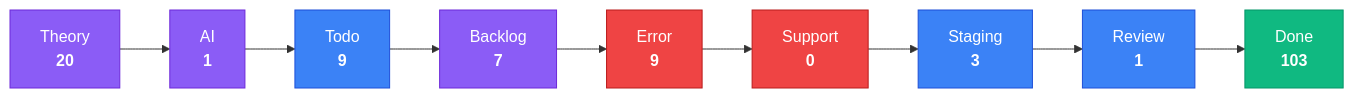
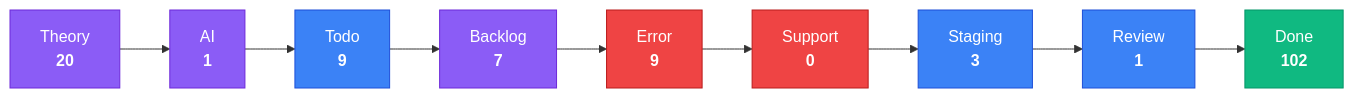
One commit to KBVE/kbve changed the third of 4 diagrams in apps/kbve/astro-kbve/src/content/docs/dashboard/kanban-data.mdx. Above: the diagram before and after it, drawn with Mermaid. The commit also changed other lines of this file and 8 other files, not shown here.

````diff
--- a/apps/kbve/astro-kbve/src/content/docs/dashboard/kanban-data.mdx
+++ b/apps/kbve/astro-kbve/src/content/docs/dashboard/kanban-data.mdx
@@ -80,28 +80,28 @@
 ```mermaid
 flowchart LR
     classDef planning fill:#8b5cf6,stroke:#6d28d9,color:#fff
     classDef active fill:#3b82f6,stroke:#1d4ed8,color:#fff
     classDef blocked fill:#ef4444,stroke:#b91c1c,color:#fff
     classDef done fill:#10b981,stroke:#059669,color:#fff
     Theory["Theory<br/><strong>20</strong>"]
     Theory --> AI
     AI["AI<br/><strong>1</strong>"]
     AI --> Todo
     Todo["Todo<br/><strong>9</strong>"]
     Todo --> Backlog
     Backlog["Backlog<br/><strong>7</strong>"]
     Backlog --> Error
     Error["Error<br/><strong>9</strong>"]
     Error --> Support
     Support["Support<br/><strong>0</strong>"]
     Support --> Staging
     Staging["Staging<br/><strong>3</strong>"]
     Staging --> Review
     Review["Review<br/><strong>1</strong>"]
     Review --> Done
-    Done["Done<br/><strong>103</strong>"]
+    Done["Done<br/><strong>102</strong>"]
     class Theory,AI,Backlog planning
     class Todo,Staging,Review active
     class Error,Support blocked
     class Done done
 ```
````
